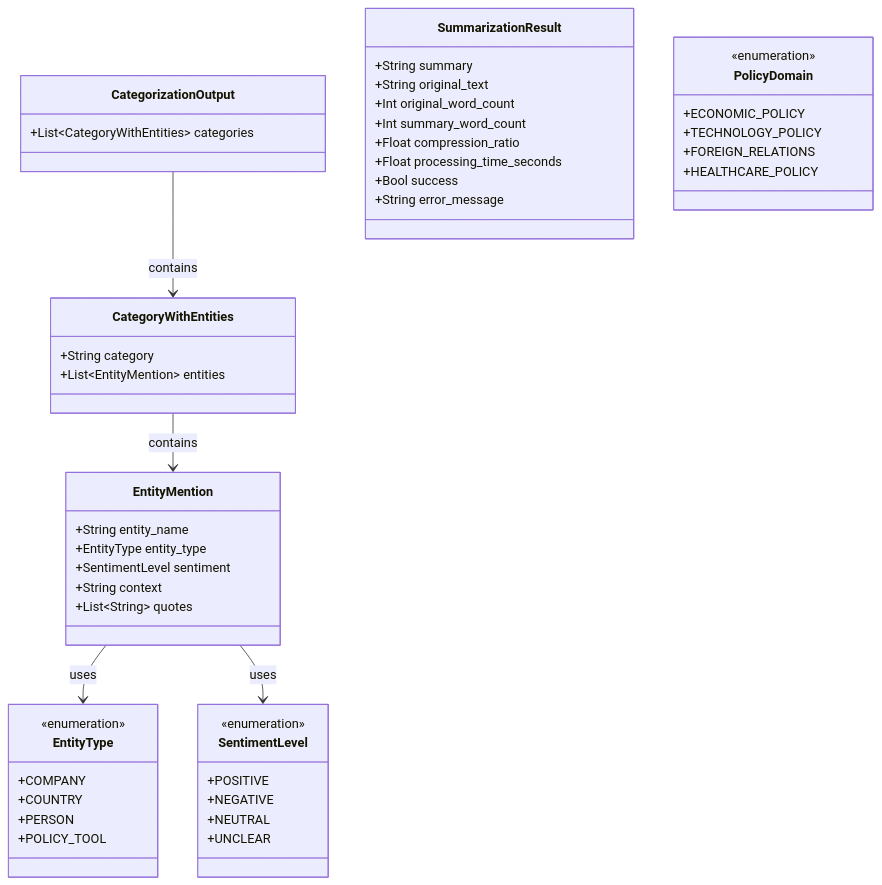
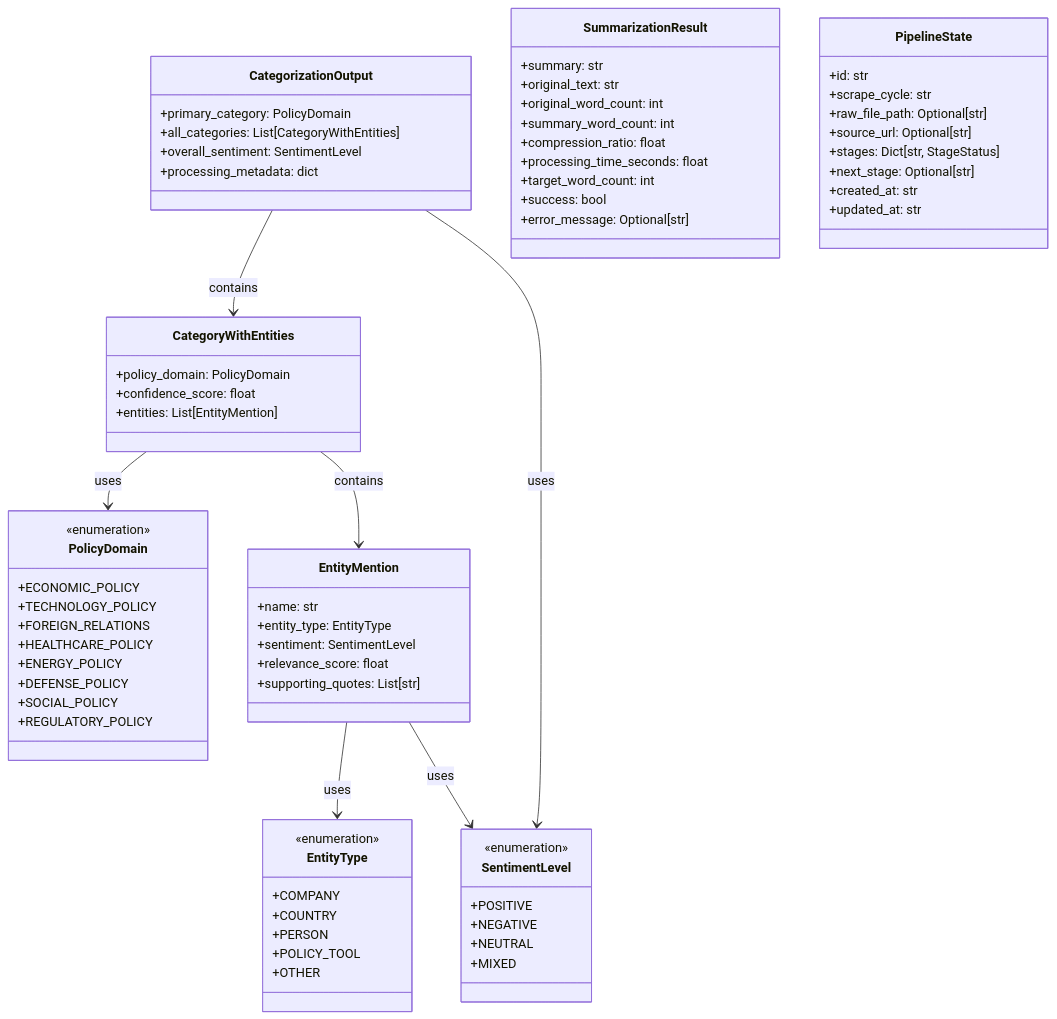
The third of 6 diagrams in documentation/architecture.md (dmitriyratu/DiscourseKG), drawn with Mermaid before and after one commit. The commit also changed other lines of this file and 16 other files, not shown here.

First line of the commit message:
refactor: enhance flow processing and logging mechanisms

````diff
--- a/documentation/architecture.md
+++ b/documentation/architecture.md
@@ -110,59 +154,82 @@
 ```mermaid
 classDiagram
-    class EntityMention {
-        +String entity_name
-        +EntityType entity_type
-        +SentimentLevel sentiment
-        +String context
-        +List~String~ quotes
-    }
-    
-    class CategoryWithEntities {
-        +String category
-        +List~EntityMention~ entities
-    }
-    
-    class CategorizationOutput {
-        +List~CategoryWithEntities~ categories
-    }
-    
-    class SummarizationResult {
-        +String summary
-        +String original_text
-        +Int original_word_count
-        +Int summary_word_count
-        +Float compression_ratio
-        +Float processing_time_seconds
-        +Bool success
-        +String error_message
-    }
-    
     class PolicyDomain {
         <<enumeration>>
         +ECONOMIC_POLICY
         +TECHNOLOGY_POLICY
         +FOREIGN_RELATIONS
         +HEALTHCARE_POLICY
+        +ENERGY_POLICY
+        +DEFENSE_POLICY
+        +SOCIAL_POLICY
+        +REGULATORY_POLICY
     }
     
     class EntityType {
         <<enumeration>>
         +COMPANY
         +COUNTRY
         +PERSON
         +POLICY_TOOL
+        +OTHER
     }
     
     class SentimentLevel {
         <<enumeration>>
         +POSITIVE
         +NEGATIVE
         +NEUTRAL
-        +UNCLEAR
+        +MIXED
     }
     
+    class EntityMention {
+        +name: str
+        +entity_type: EntityType
+        +sentiment: SentimentLevel
+        +relevance_score: float
+        +supporting_quotes: List[str]
+    }
+    
+    class CategoryWithEntities {
+        +policy_domain: PolicyDomain
+        +confidence_score: float
+        +entities: List[EntityMention]
+    }
+    
+    class CategorizationOutput {
+        +primary_category: PolicyDomain
+        +all_categories: List[CategoryWithEntities]
+        +overall_sentiment: SentimentLevel
+        +processing_metadata: dict
+    }
+    
+    class SummarizationResult {
+        +summary: str
+        +original_text: str
+        +original_word_count: int
+        +summary_word_count: int
+        +compression_ratio: float
+        +processing_time_seconds: float
+        +target_word_count: int
+        +success: bool
+        +error_message: Optional[str]
+    }
+    
+    class PipelineState {
+        +id: str
+        +scrape_cycle: str
+        +raw_file_path: Optional[str]
+        +source_url: Optional[str]
+        +stages: Dict[str, StageStatus]
+        +next_stage: Optional[str]
+        +created_at: str
+        +updated_at: str
+    }
+    
+    CategorizationOutput --> CategoryWithEntities : contains
     CategoryWithEntities --> EntityMention : contains
-    CategorizationOutput --> CategoryWithEntities : contains
+    CategoryWithEntities --> PolicyDomain : uses
     EntityMention --> EntityType : uses
     EntityMention --> SentimentLevel : uses
+    CategorizationOutput --> SentimentLevel : uses
 ```
````
